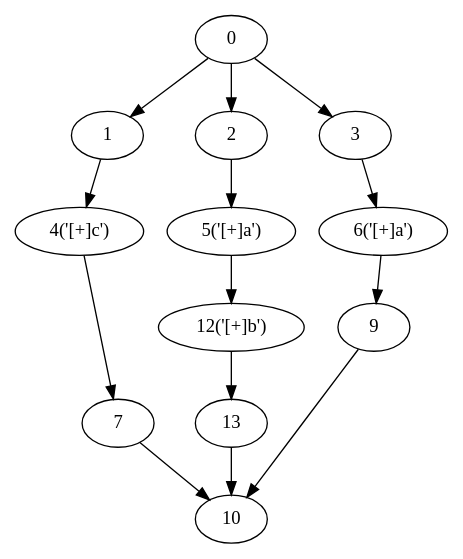
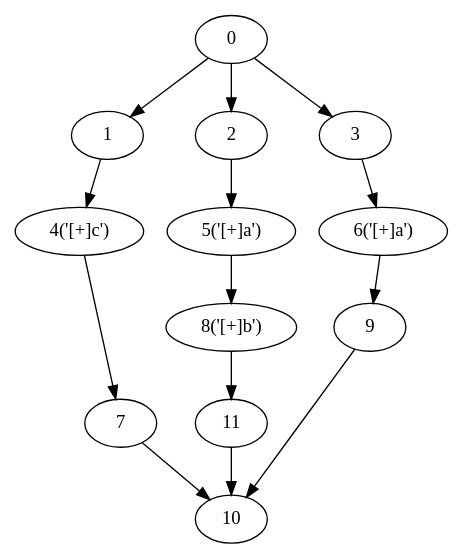
One commit to yyl-20020115/NRegEx changed the diagram in NRegex.Test/Graphs/TestMethod01.dot. Above: the diagram before and after it, drawn with Graphviz. The commit also changed 28 other files, not shown here.

```diff
--- a/NRegex.Test/Graphs/TestMethod01.dot
+++ b/NRegex.Test/Graphs/TestMethod01.dot
@@ -1,27 +1,27 @@
 digraph g {
 	0 ;
 	1 ;
 	2 ;
 	3 ;
 	4 [label="4('[+]c')"];
 	5 [label="5('[+]a')"];
 	6 [label="6('[+]a')"];
 	7 ;
+	8 [label="8('[+]b')"];
 	9 ;
 	10 ;
-	12 [label="12('[+]b')"];
-	13 ;
+	11 ;
 	0->1;
 	0->2;
 	0->3;
 	1->4;
 	2->5;
 	3->6;
 	4->7;
+	5->8;
 	6->9;
 	7->10;
 	9->10;
-	13->10;
-	5->12;
-	12->13;
+	11->10;
+	8->11;
 }
```
